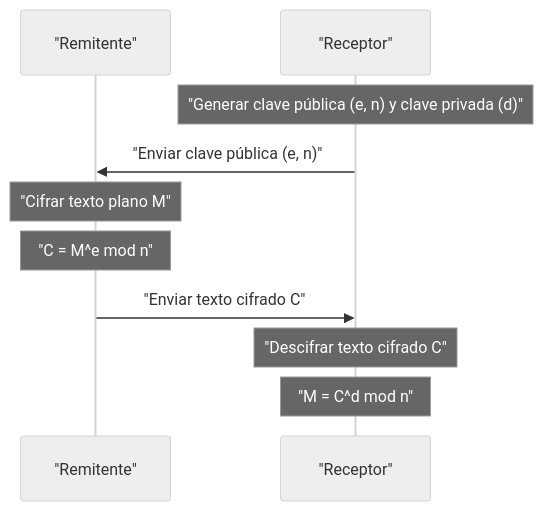
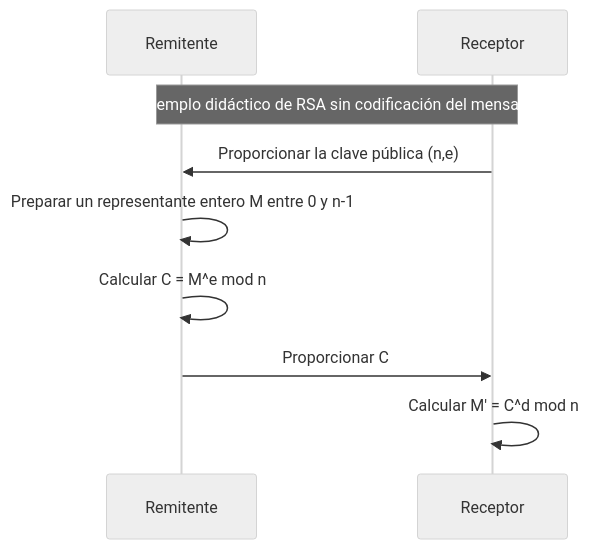
Before and after one commit to kenjinote/blog: the second of 2 diagrams in content/post/fermats-little-theorem/index.es.md, drawn with Mermaid (neutral theme). The commit also changed other lines of this file and 5 other files, not shown here.

````diff
--- a/content/post/fermats-little-theorem/index.es.md
+++ b/content/post/fermats-little-theorem/index.es.md
@@ -101,12 +79,11 @@
 ```mermaid
 sequenceDiagram
-    participant Sender as "Remitente"
-    participant Receiver as "Receptor"
-    Note over Receiver: "Generar clave pública (e, n) y clave privada (d)"
-    Receiver->>Sender: "Enviar clave pública (e, n)"
-    Note over Sender: "Cifrar texto plano M"
-    Note over Sender: "C = M^e mod n"
-    Sender->>Receiver: "Enviar texto cifrado C"
-    Note over Receiver: "Descifrar texto cifrado C"
-    Note over Receiver: "M = C^d mod n"
+    participant Sender as Remitente
+    participant Receiver as Receptor
+    Note over Sender,Receiver: Ejemplo didáctico de RSA sin codificación del mensaje
+    Receiver->>Sender: Proporcionar la clave pública (n,e)
+    Sender->>Sender: Preparar un representante entero M entre 0 y n-1
+    Sender->>Sender: Calcular C = M^e mod n
+    Sender->>Receiver: Proporcionar C
+    Receiver->>Receiver: Calcular M' = C^d mod n
 ```
````
